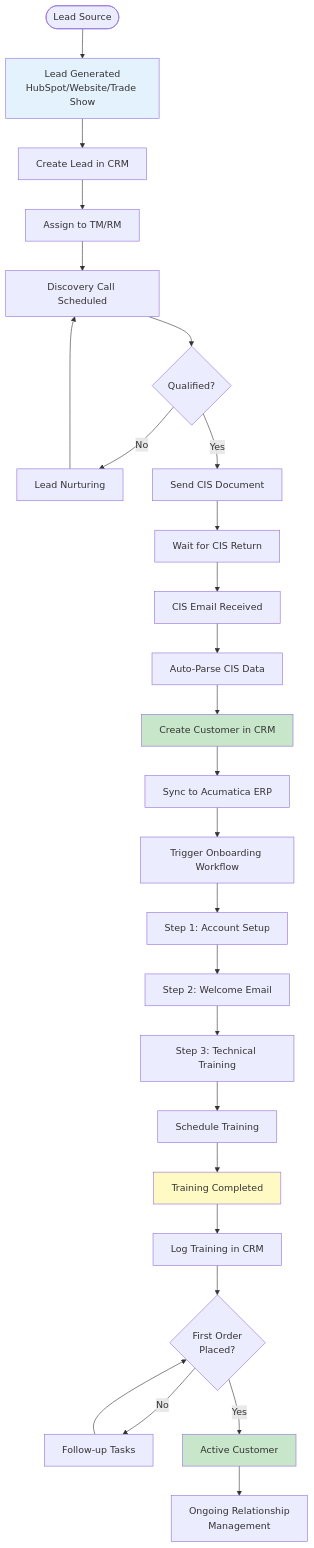
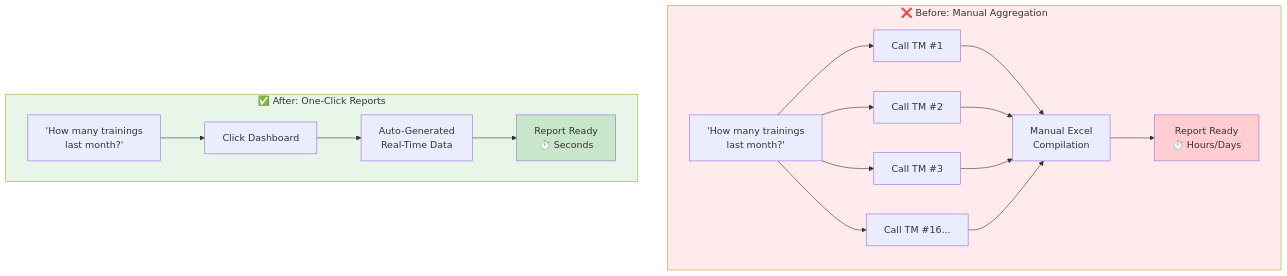
The third of 18 diagrams in docs/WORKFLOW_DIAGRAMS.md (ahmadhassan91/dynamic-aqs), drawn with Mermaid before and after one commit. The commit also changed other lines of this file and 10 other files, not shown here.

````diff
--- a/docs/WORKFLOW_DIAGRAMS.md
+++ b/docs/WORKFLOW_DIAGRAMS.md
@@ -5,40 +109,27 @@
 ```mermaid
-flowchart TD
-    Start([Lead Source]) --> LeadGen[Lead Generated<br/>HubSpot/Website/Trade Show]
-    LeadGen --> CRM[Create Lead in CRM]
-    CRM --> Assign[Assign to TM/RM]
-    Assign --> Discovery[Discovery Call Scheduled]
+flowchart TB
+    subgraph BEFORE ["❌ Before: Manual Aggregation"]
+        Q1["'How many trainings<br/>last month?'"]
+        Q1 --> Call1[Call TM #1]
+        Q1 --> Call2[Call TM #2]
+        Q1 --> Call3[Call TM #3]
+        Q1 --> Call16[Call TM #16...]
+        Call1 --> Excel[Manual Excel<br/>Compilation]
+        Call2 --> Excel
+        Call3 --> Excel
+        Call16 --> Excel
+        Excel --> Report[Report Ready<br/>⏱️ Hours/Days]
+    end
     
-    Discovery --> Qualified{Qualified?}
-    Qualified -->|No| Nurture[Lead Nurturing]
-    Nurture --> Discovery
-    Qualified -->|Yes| SendCIS[Send CIS Document]
+    subgraph AFTER ["✅ After: One-Click Reports"]
+        Q2["'How many trainings<br/>last month?'"]
+        Q2 --> Click[Click Dashboard]
+        Click --> Auto[Auto-Generated<br/>Real-Time Data]
+        Auto --> Report2[Report Ready<br/>⏱️ Seconds]
+    end
     
-    SendCIS --> WaitCIS[Wait for CIS Return]
-    WaitCIS --> CISReceived[CIS Email Received]
-    CISReceived --> AutoParse[Auto-Parse CIS Data]
-    AutoParse --> CreateCustomer[Create Customer in CRM]
-    
-    CreateCustomer --> SyncERP[Sync to Acumatica ERP]
-    SyncERP --> Onboarding[Trigger Onboarding Workflow]
-    
-    Onboarding --> Step1[Step 1: Account Setup]
-    Step1 --> Step2[Step 2: Welcome Email]
-    Step2 --> Step3[Step 3: Technical Training]
-    Step3 --> ScheduleTraining[Schedule Training]
-    
-    ScheduleTraining --> Training[Training Completed]
-    Training --> LogTraining[Log Training in CRM]
-    LogTraining --> FirstOrder{First Order<br/>Placed?}
-    
-    FirstOrder -->|No| FollowUp[Follow-up Tasks]
-    FollowUp --> FirstOrder
-    FirstOrder -->|Yes| Active[Active Customer]
-    
-    Active --> Ongoing[Ongoing Relationship<br/>Management]
-    
-    style LeadGen fill:#e3f2fd
-    style CreateCustomer fill:#c8e6c9
-    style Training fill:#fff9c4
-    style Active fill:#c8e6c9
+    style BEFORE fill:#ffebee
+    style AFTER fill:#e8f5e9
+    style Report fill:#ffcdd2
+    style Report2 fill:#c8e6c9
 ```
````
